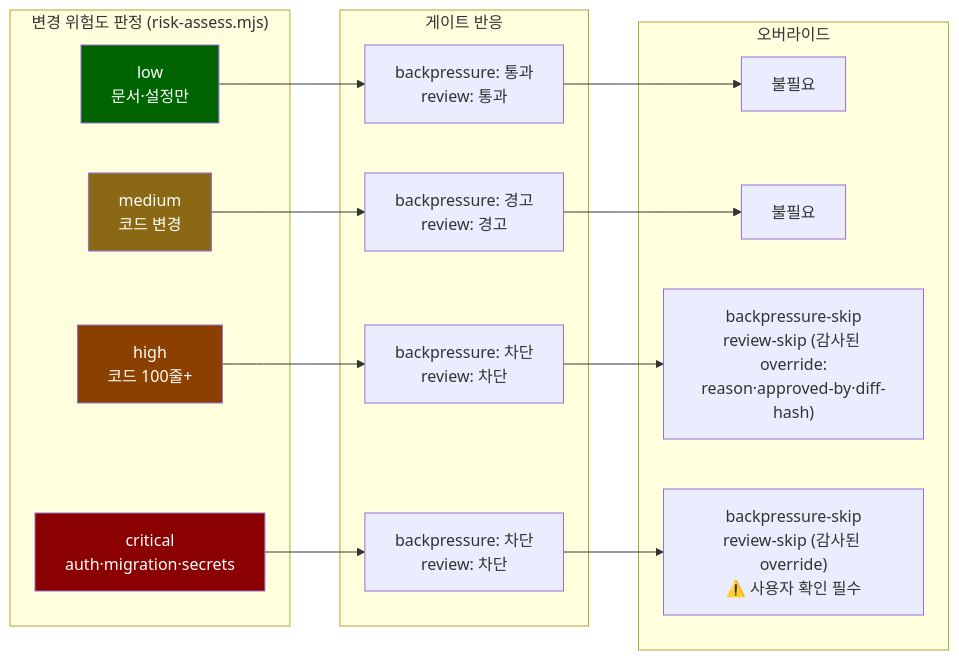
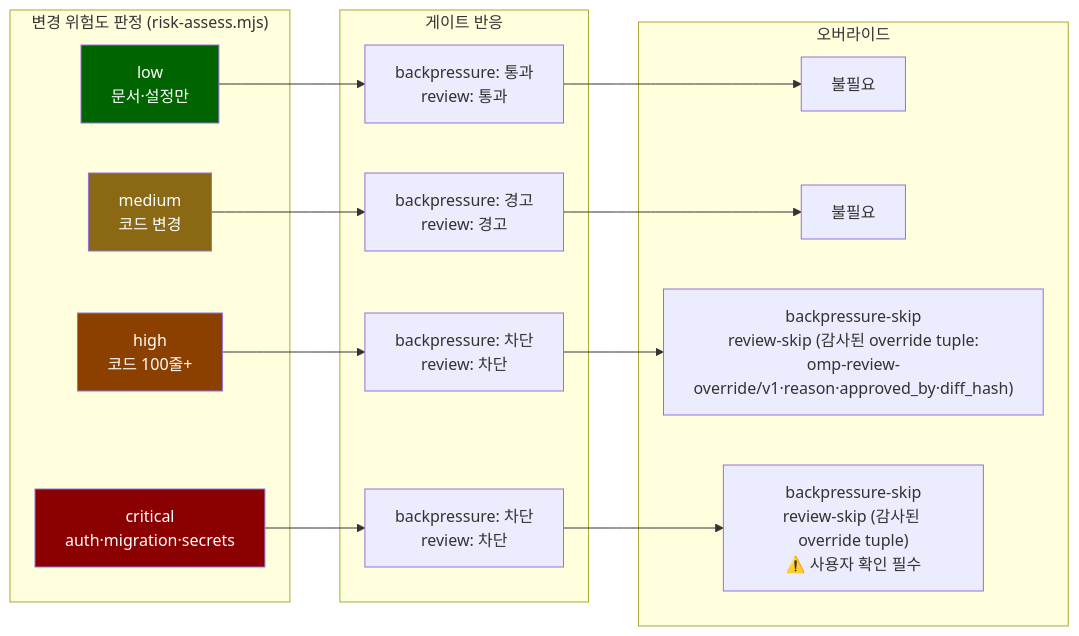
The second of 3 diagrams in docs/architecture/workflow-lifecycle.md (rae-hugo-kim/omp), drawn with Mermaid before and after one commit. The commit also changed other lines of this file and 13 other files, not shown here.

````diff
--- a/docs/architecture/workflow-lifecycle.md
+++ b/docs/architecture/workflow-lifecycle.md
@@ -209,33 +215,33 @@
 ```mermaid
 flowchart LR
     subgraph risk["변경 위험도 판정 (risk-assess.mjs)"]
         R1["low<br/>문서·설정만"]
         R2["medium<br/>코드 변경"]
         R3["high<br/>코드 100줄+"]
         R4["critical<br/>auth·migration·secrets"]
     end
 
     subgraph gates["게이트 반응"]
         G1["backpressure: 통과<br/>review: 통과"]
         G2["backpressure: 경고<br/>review: 경고"]
         G3["backpressure: 차단<br/>review: 차단"]
         G4["backpressure: 차단<br/>review: 차단"]
     end
 
     subgraph override["오버라이드"]
         O1["불필요"]
         O2["불필요"]
-        O3["backpressure-skip<br/>review-skip (감사된 override:<br/>reason·approved-by·diff-hash)"]
-        O4["backpressure-skip<br/>review-skip (감사된 override)<br/>⚠️ 사용자 확인 필수"]
+        O3["backpressure-skip<br/>review-skip (감사된 override tuple:<br/>omp-review-override/v1·reason·approved_by·diff_hash)"]
+        O4["backpressure-skip<br/>review-skip (감사된 override tuple)<br/>⚠️ 사용자 확인 필수"]
     end
 
     R1 --> G1 --> O1
     R2 --> G2 --> O2
     R3 --> G3 --> O3
     R4 --> G4 --> O4
 
     style R1 fill:#006400,color:#fff
     style R2 fill:#8b6914,color:#fff
     style R3 fill:#8b4000,color:#fff
     style R4 fill:#8b0000,color:#fff
 ```
````
